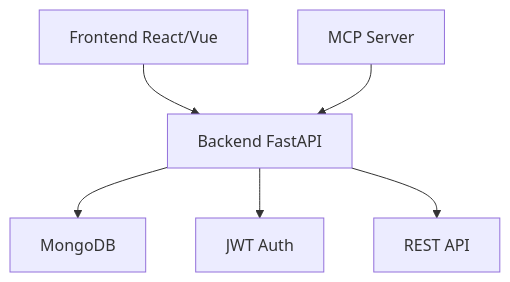
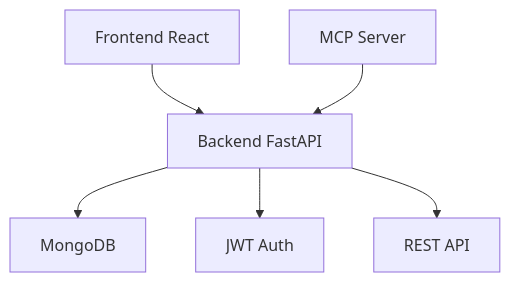
The diagram in README.md (sergiodev3/control-gastos-app), drawn with Mermaid before and after one commit. The commit also changed other lines of this file, not shown here.

Commit message:
docs: actualizar README principal con información del frontend completado

````diff
--- a/README.md
+++ b/README.md
@@ -24,8 +24,8 @@
 ```mermaid
 graph TB
-    A[Frontend React/Vue] --> B[Backend FastAPI]
+    A[Frontend React] --> B[Backend FastAPI]
     B --> C[MongoDB]
     D[MCP Server] --> B
     B --> E[JWT Auth]
     B --> F[REST API]
 ```
````
